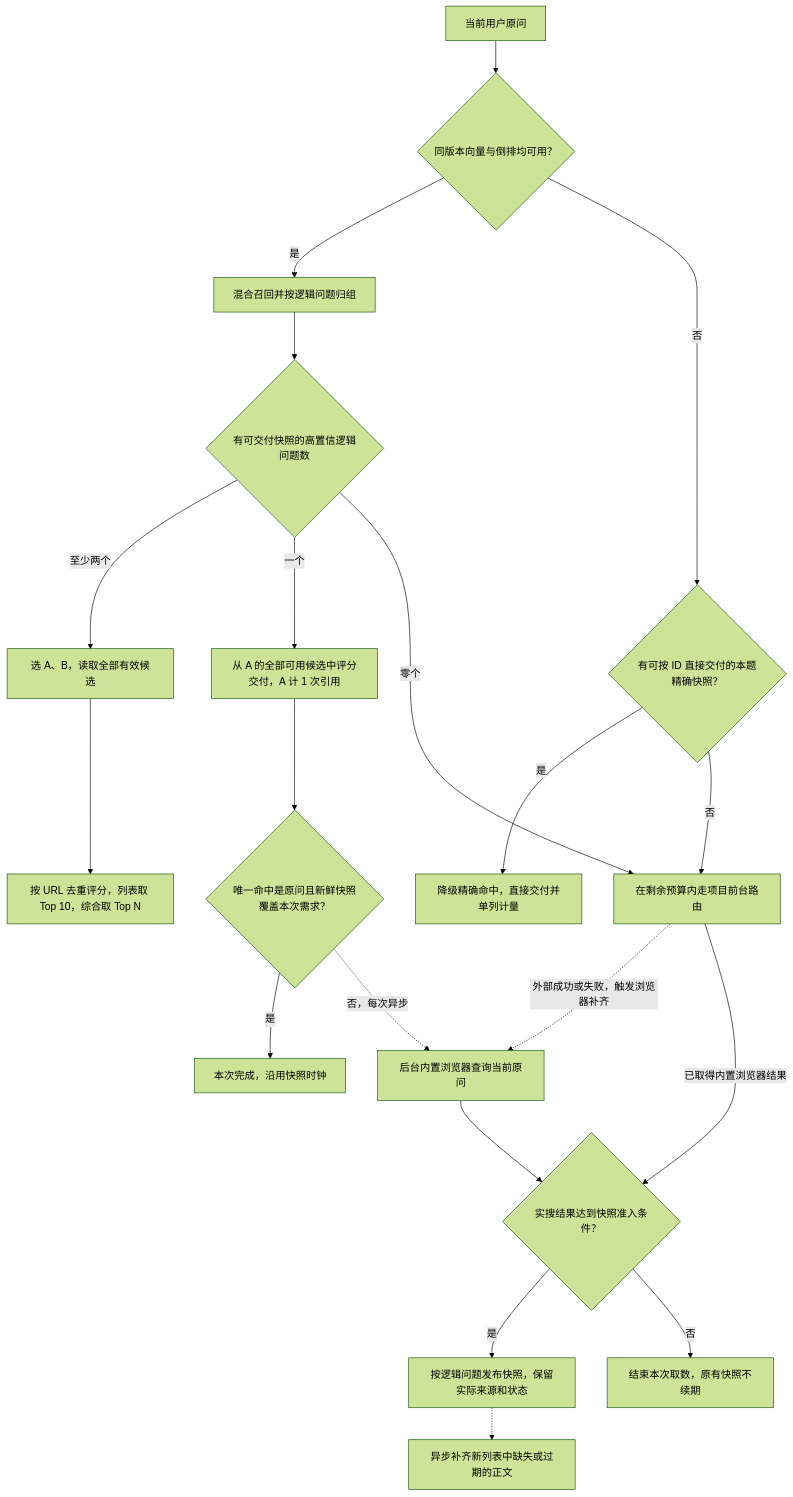
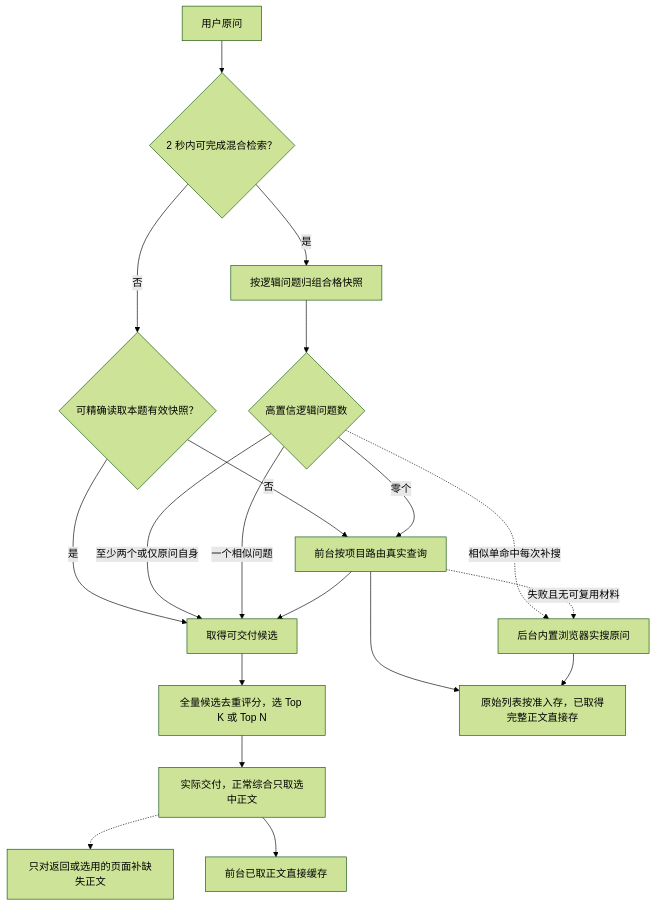
One commit to Minecodex/OpenAgentSearch changed the first of 2 diagrams in docs/plan2/README.md. Above: the diagram before and after it, drawn with Mermaid (forest theme). The commit also changed other lines of this file and 5 other files, not shown here.

````diff
--- a/docs/plan2/README.md
+++ b/docs/plan2/README.md
@@ -48,22 +53,21 @@
 ```mermaid
 flowchart TD
-    Q["当前用户原问"] --> I{"同版本向量与倒排均可用？"}
-    I -->|是| N["混合召回并按逻辑问题归组"]
-    I -->|否| E{"有可按 ID 直接交付的本题精确快照？"}
-    E -->|是| P0["降级精确命中，直接交付并单列计量"]
-    E -->|否| C["在剩余预算内走项目前台路由"]
-    N --> H{"有可交付快照的高置信逻辑问题数"}
-    H -->|至少两个| A["选 A、B，读取全部有效候选"]
-    A --> D["按 URL 去重评分，列表取 Top 10，综合取 Top N"]
-    H -->|一个| B["从 A 的全部可用候选中评分交付，A 计 1 次引用"]
-    H -->|零个| C
-    B --> X{"唯一命中是原问且新鲜快照覆盖本次需求？"}
-    X -->|是| K["本次完成，沿用快照时钟"]
-    X -.->|否，每次异步| S["后台内置浏览器查询当前原问"]
-    C -.->|外部成功或失败，触发浏览器补齐| S
-    C -->|已取得内置浏览器结果| G
-    S --> G{"实搜结果达到快照准入条件？"}
-    G -->|是| V["按逻辑问题发布快照，保留实际来源和状态"]
-    G -->|否| U["结束本次取数，原有快照不续期"]
-    V -.-> P["异步补齐新列表中缺失或过期的正文"]
+    Q["用户原问"] --> I{"2 秒内可完成混合检索？"}
+    I -->|是| N["按逻辑问题归组合格快照"]
+    I -->|否| E{"可精确读取本题有效快照？"}
+    E -->|是| C["取得可交付候选"]
+    E -->|否| F["前台按项目路由真实查询"]
+    N --> H{"高置信逻辑问题数"}
+    H -->|至少两个或仅原问自身| C
+    H -->|一个相似问题| C
+    H -.->|相似单命中每次补搜| B["后台内置浏览器实搜原问"]
+    H -->|零个| F
+    F --> C
+    C --> D["全量候选去重评分，选 Top K 或 Top N"]
+    D --> Y["实际交付，正常综合只取选中正文"]
+    Y -.-> P["只对返回或选用的页面补缺失正文"]
+    F --> R["原始列表按准入存，已取得完整正文直接存"]
+    Y --> W["前台已取正文直接缓存"]
+    B --> R
+    F -.->|失败且无可复用材料| B
 ```
````
